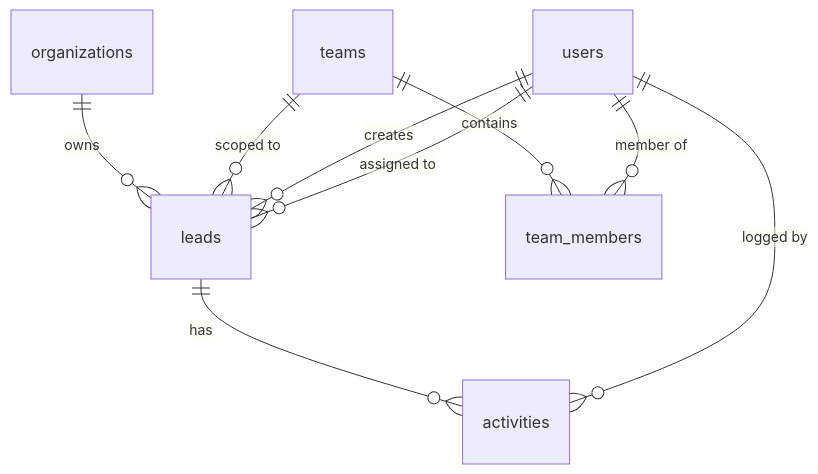
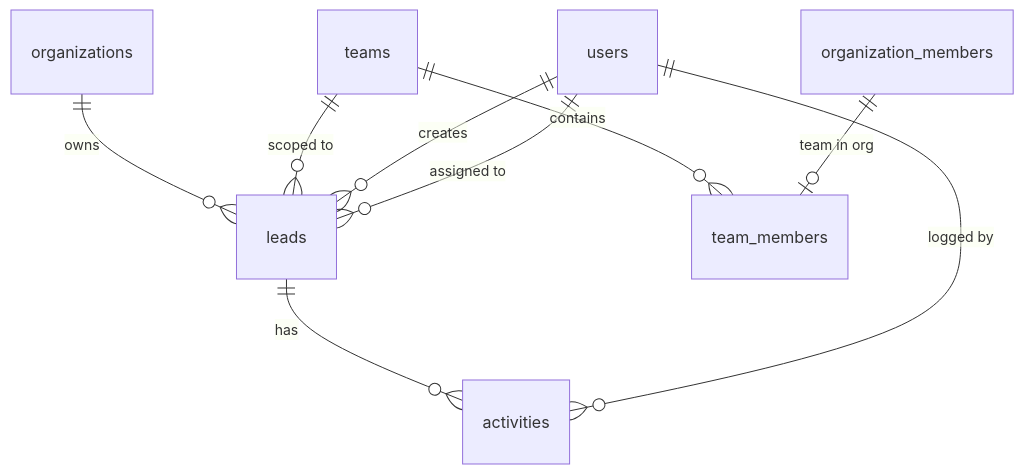
Before and after one commit to MoShahan/hilite-multi-org-erp: the fourth of 5 diagrams in docs/er-diagram.md, drawn with Mermaid. The commit also changed other lines of this file and 40 other files, not shown here.

Commit message:
feat(prisma): implement multi-organization membership model and update related user and team structures

````diff
--- a/docs/er-diagram.md
+++ b/docs/er-diagram.md
@@ -200,11 +217,11 @@
 ```mermaid
 erDiagram
     organizations ||--o{ leads : "owns"
     teams ||--o{ leads : "scoped to"
     users ||--o{ leads : "creates"
     users ||--o{ leads : "assigned to"
     leads ||--o{ activities : "has"
     users ||--o{ activities : "logged by"
     teams ||--o{ team_members : "contains"
-    users ||--o{ team_members : "member of"
+    organization_members ||--o| team_members : "team in org"
 ```
````
